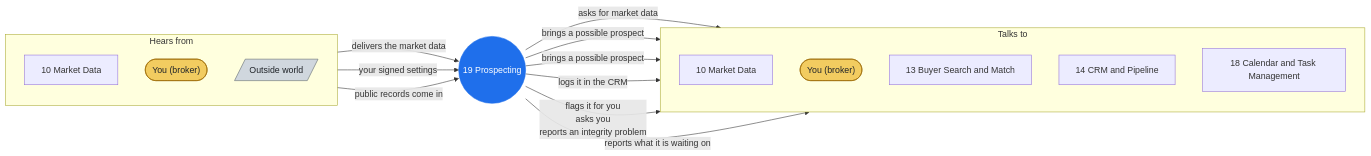
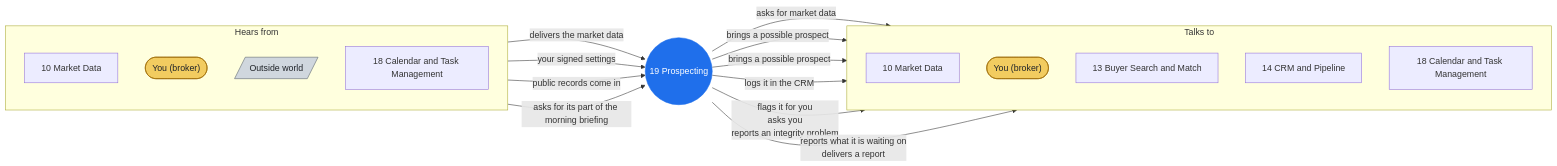
The diagram in 19-prospecting/README.md (QuietFireAI/listing-assistants), drawn with Mermaid before and after one commit. The commit also changed other lines of this file and 66 other files, not shown here.

First line of the commit message:
Owner walkthrough decisions 2-10 applied; morning briefing sections; evening books

````diff
--- a/19-prospecting/README.md
+++ b/19-prospecting/README.md
@@ -11,34 +11,36 @@
 ```mermaid
 flowchart LR
     subgraph IN["Hears from"]
         direction TB
         I10["10 Market Data"]
         IB(["You (broker)"])
         IX[/"Outside world"/]
+        I18["18 Calendar and Task Management"]
     end
     A19(("19 Prospecting"))
     subgraph OUT["Talks to"]
         direction TB
         O10["10 Market Data"]
         OB(["You (broker)"])
         O13["13 Buyer Search and Match"]
         O14["14 CRM and Pipeline"]
         OB(["You (broker)"])
         O18["18 Calendar and Task Management"]
     end
     I10 -- "delivers the market data" --> A19
     IB -- "your signed settings" --> A19
     IX -- "public records come in" --> A19
+    I18 -- "asks for its part of the morning briefing" --> A19
     A19 -- "asks for market data" --> O10
     A19 -- "brings a possible prospect" --> OB
     A19 -- "brings a possible prospect" --> O13
     A19 -- "logs it in the CRM" --> O14
     A19 -- "flags it for you<br/>asks you<br/>reports an integrity problem" --> OB
-    A19 -- "reports what it is waiting on" --> O18
+    A19 -- "reports what it is waiting on<br/>delivers a report" --> O18
     classDef me fill:#1f6feb,stroke:#1f6feb,color:#ffffff
     classDef you fill:#f2cc60,stroke:#9a6700,color:#1f2328
     classDef out fill:#d0d7de,stroke:#57606a,color:#1f2328
     class A19 me
     class IB,OB,OB you
     class IX out
 ```
````
